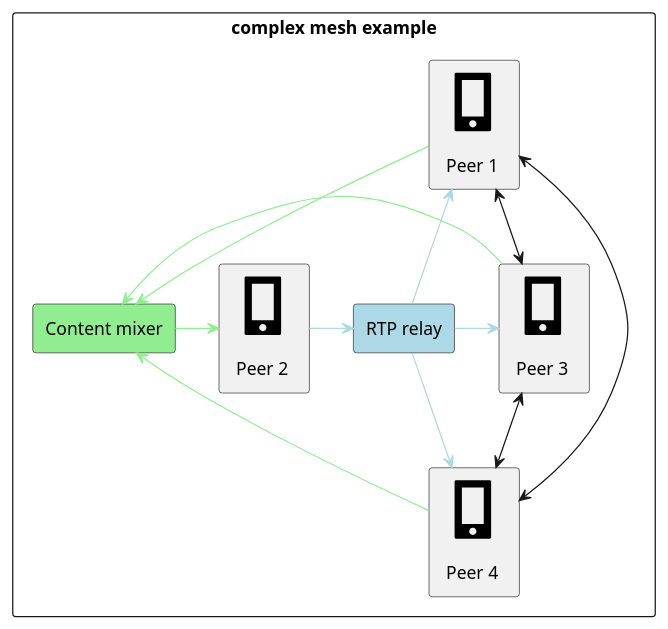
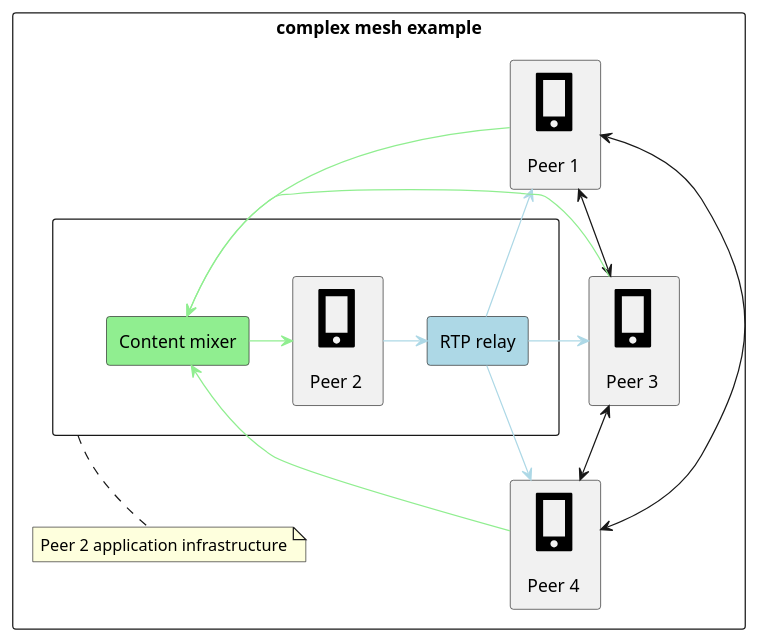
The fourth of 6 diagrams in doc/tutorials/jingle.md (esl/MongooseIM), drawn with PlantUML before and after one commit. The commit also changed other lines of this file, not shown here.

Commit message:
minor updates to diagrams at jingle.md tutorial

````diff
--- a/doc/tutorials/jingle.md
+++ b/doc/tutorials/jingle.md
@@ -140,26 +142,29 @@
 ```puml
 @startuml
 rectangle "complex mesh example" {
 
-rectangle " <&phone*5>\n Peer 1" as p1
-rectangle " <&phone*5>\n Peer 2" as p2
-rectangle " <&phone*5>\n Peer 3" as p3
-rectangle " <&phone*5>\n Peer 4" as p4
-rectangle "Content mixer" as m1 #lightgreen
-rectangle "RTP relay" as r1 #lightblue
+  rectangle " <&phone*5>\n Peer 1" as p1
+  rectangle " " as p2i {
+    rectangle " <&phone*5>\n Peer 2" as p2
+    rectangle "Content mixer" as m1 #lightgreen
+    rectangle "RTP relay" as r1 #lightblue
+  }
+  rectangle " <&phone*5>\n Peer 3" as p3
+  rectangle " <&phone*5>\n Peer 4" as p4
 
-p1 -down-> m1 #lightgreen
-p1 <-down-> p3
-p1 <-down-> p4
-m1 -right-> p2 #lightgreen
-p2 -right-> r1 #lightblue
-r1 -up-> p1 #lightblue
-r1 -right-> p3 #lightblue
-r1 -down-> p4 #lightblue
-p3 -left-> m1 #lightgreen
-p3 <-down-> p4
-p4 -up-> m1  #lightgreen
+  note bottom of p2i: Peer 2 application infrastructure
 
+  p1 -down-> m1 #lightgreen
+  p1 <-down-> p3
+  p1 <-down-> p4
+  m1 -right-> p2 #lightgreen
+  p2 -right-> r1 #lightblue
+  r1 -up-> p1 #lightblue
+  r1 -right-> p3 #lightblue
+  r1 -down-> p4 #lightblue
+  p3 -left-> m1 #lightgreen
+  p3 <-down-> p4
+  p4 -up-> m1  #lightgreen
 }
 @enduml
 ```
````
